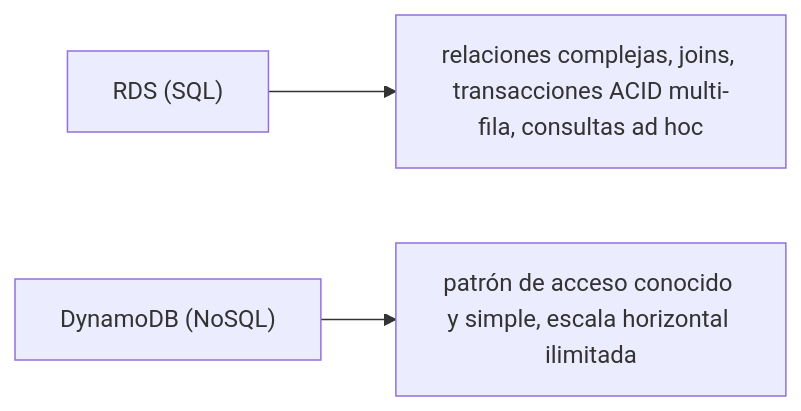
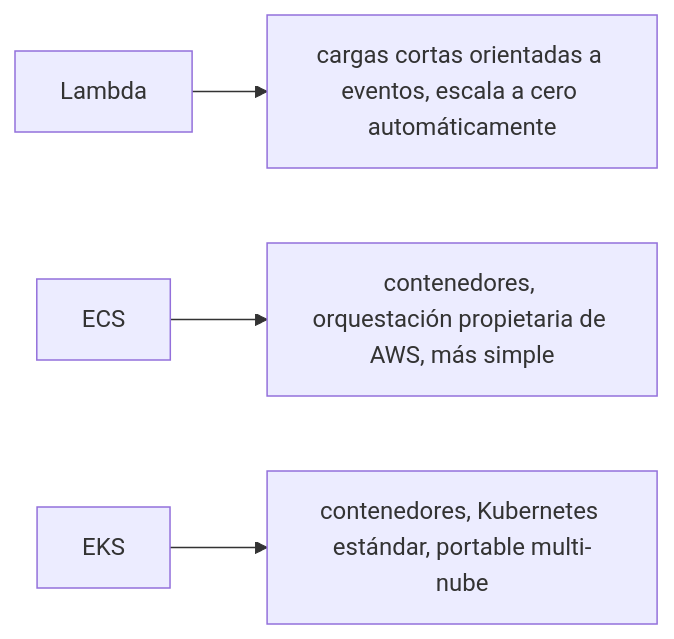
The third of 5 diagrams in web/public/content/cloud/modulo-13.md (NICORUIZ93/The_Imperial_Book), drawn with Mermaid before and after one commit. The commit also changed other lines of this file and 305 other files, not shown here.

````diff
--- a/web/public/content/cloud/modulo-13.md
+++ b/web/public/content/cloud/modulo-13.md
@@ -16,5 +98,6 @@
 ```mermaid
 flowchart LR
-    A["RDS (SQL)"] --> A1["relaciones complejas, joins, transacciones ACID multi-fila, consultas ad hoc"]
-    B["DynamoDB (NoSQL)"] --> B1["patrón de acceso conocido y simple, escala horizontal ilimitada"]
+    A["Lambda"] --> A1["cargas cortas orientadas a eventos, escala a cero automáticamente"]
+    B["ECS"] --> B1["contenedores, orquestación propietaria de AWS, más simple"]
+    C["EKS"] --> C1["contenedores, Kubernetes estándar, portable multi-nube"]
 ```
````
